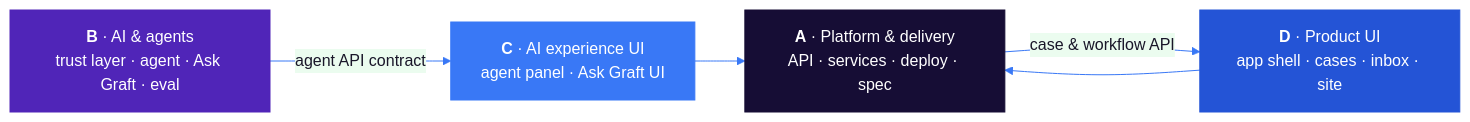
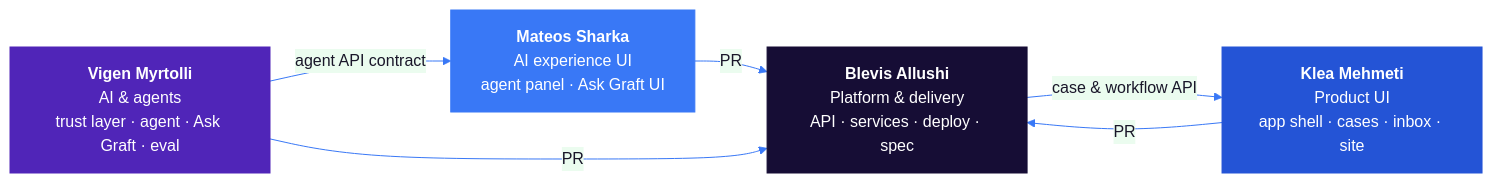
The tenth of 13 diagrams in README.md (Blevis/Graft), drawn with Mermaid before and after one commit. The commit also changed other lines of this file, not shown here.

````diff
--- a/README.md
+++ b/README.md
@@ -363,16 +489,17 @@
 ```mermaid
 %%{init: {"theme":"base","themeVariables":{"primaryColor":"#EFEBFC","primaryTextColor":"#191629","primaryBorderColor":"#7954E8","lineColor":"#3978F6","fontFamily":"Inter, Segoe UI, sans-serif"}}}%%
 flowchart LR
-    A["<b>A</b> · Platform & delivery<br/>API · services · deploy · spec"]:::a
-    B["<b>B</b> · AI & agents<br/>trust layer · agent · Ask Graft · eval"]:::b
-    C["<b>C</b> · AI experience UI<br/>agent panel · Ask Graft UI"]:::c
-    D["<b>D</b> · Product UI<br/>app shell · cases · inbox · site"]:::d
+    A["<b>Blevis Allushi</b><br/>Platform & delivery<br/>API · services · deploy · spec"]:::a
+    B["<b>Vigen Myrtolli</b><br/>AI & agents<br/>trust layer · agent · Ask Graft · eval"]:::b
+    C["<b>Mateos Sharka</b><br/>AI experience UI<br/>agent panel · Ask Graft UI"]:::c
+    D["<b>Klea Mehmeti</b><br/>Product UI<br/>app shell · cases · inbox · site"]:::d
     B -- agent API contract --> C
     A -- case & workflow API --> D
-    C --> A
-    D --> A
+    C -- PR --> A
+    D -- PR --> A
+    B -- PR --> A
     classDef a fill:#160D35,stroke:#160D35,color:#FFFFFF
     classDef b fill:#5025B8,stroke:#5025B8,color:#FFFFFF
     classDef c fill:#3978F6,stroke:#3978F6,color:#FFFFFF
     classDef d fill:#2454D6,stroke:#2454D6,color:#FFFFFF
 ```
````
